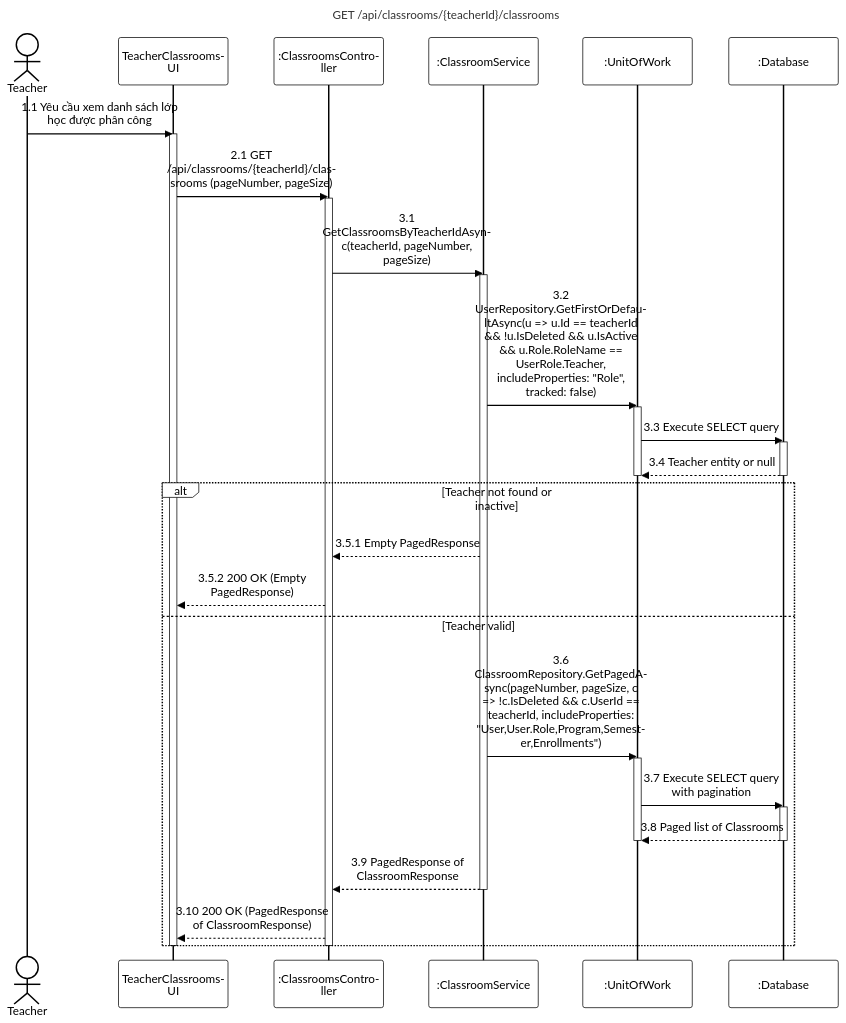
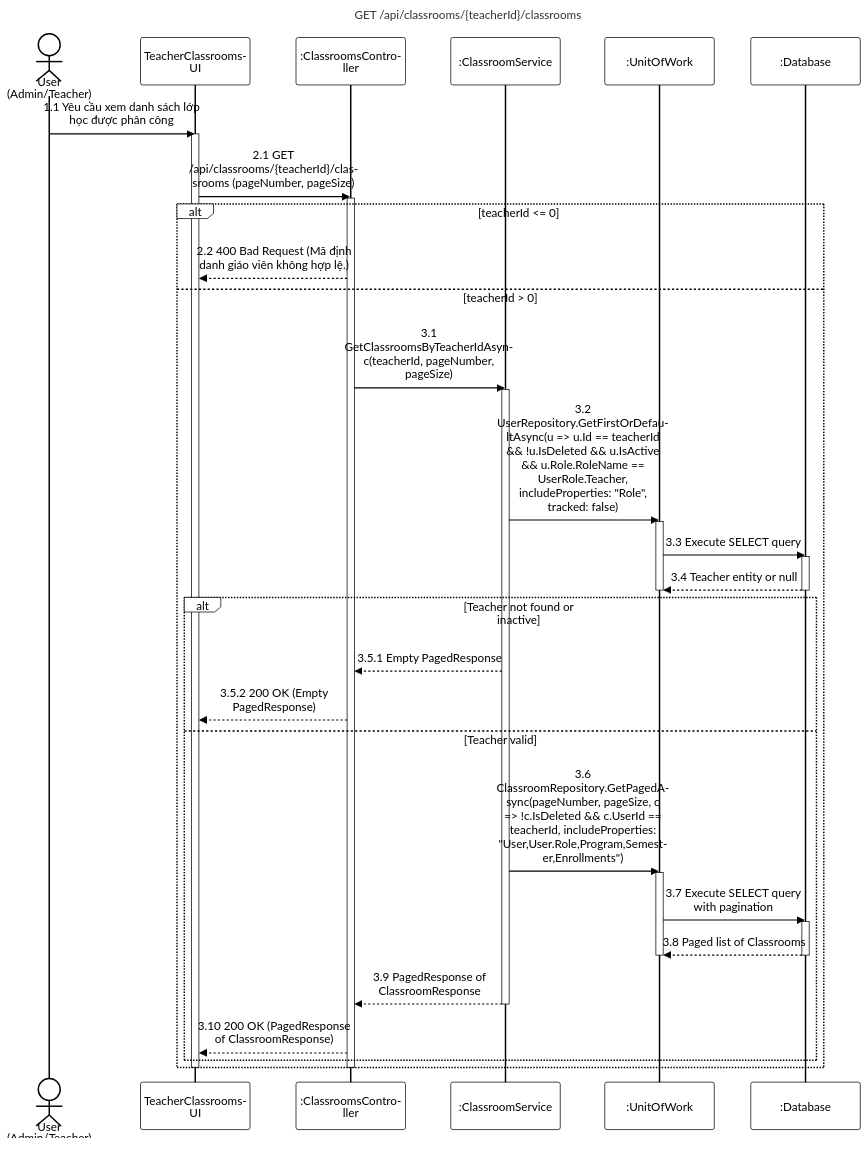
Before and after one commit to PhucAnDev/docx-diagram: the diagram in 03-classroom-management/sequence-diagram/apis/get-classrooms-by-teacher.mmd, drawn with Mermaid. The commit also changed 1 other file, not shown here.

Commit message:
fix: update get-classrooms-by-teacher diagram to fix actor and add teacherId validation

```diff
--- a/03-classroom-management/sequence-diagram/apis/get-classrooms-by-teacher.mmd
+++ b/03-classroom-management/sequence-diagram/apis/get-classrooms-by-teacher.mmd
@@ -1,44 +1,48 @@
 %%{init: {'theme':'base', 'themeVariables': {'actorBkg':'#ffffff','actorBorder':'#000000','actorTextColor':'#000000','actorLineColor':'#000000','signalColor':'#000000','signalTextColor':'#000000','labelBoxBkgColor':'#ffffff','labelBoxBorderColor':'#000000','labelTextColor':'#000000','loopTextColor':'#000000','noteBkgColor':'#ffffff','noteBorderColor':'#000000','noteTextColor':'#000000','activationBorderColor':'#000000','activationBkgColor':'#ffffff','sequenceNumberColor':'#000000'}, 'sequence': {'width':150,'height':65,'actorFontSize':16,'messageFontSize':16,'wrap':true,'wrapPadding':10}}}%%
 sequenceDiagram
     title GET /api/classrooms/{teacherId}/classrooms
-    actor Teacher as Teacher
+    actor User as User (Admin/Teacher)
     participant UI as TeacherClassroomsUI
     participant Endpoint as :ClassroomsController
     participant Service as :ClassroomService
     participant DB as :UnitOfWork
     participant Database as :Database
 
-    Teacher->>UI: 1.1 Yêu cầu xem danh sách lớp học được phân công
+    User->>UI: 1.1 Yêu cầu xem danh sách lớp học được phân công
     activate UI
     UI->>Endpoint: 2.1 GET /api/classrooms/{teacherId}/classrooms (pageNumber, pageSize)
     activate Endpoint
 
-    Endpoint->>Service: 3.1 GetClassroomsByTeacherIdAsync(teacherId, pageNumber, pageSize)
-    activate Service
+    alt teacherId <= 0
+        Endpoint-->>UI: 2.2 400 Bad Request (Mã định danh giáo viên không hợp lệ.)
+    else teacherId > 0
+        Endpoint->>Service: 3.1 GetClassroomsByTeacherIdAsync(teacherId, pageNumber, pageSize)
+        activate Service
 
-    Service->>DB: 3.2 UserRepository.GetFirstOrDefaultAsync(u => u.Id == teacherId && !u.IsDeleted && u.IsActive && u.Role.RoleName == UserRole.Teacher, includeProperties: "Role", tracked: false)
-    activate DB
-    DB->>Database: 3.3 Execute SELECT query
-    activate Database
-    Database-->>DB: 3.4 Teacher entity or null
-    deactivate Database
-    deactivate DB
-
-    alt Teacher not found or inactive
-        Service-->>Endpoint: 3.5.1 Empty PagedResponse
-        Endpoint-->>UI: 3.5.2 200 OK (Empty PagedResponse)
-    else Teacher valid
-        Service->>DB: 3.6 ClassroomRepository.GetPagedAsync(pageNumber, pageSize, c => !c.IsDeleted && c.UserId == teacherId, includeProperties: "User,User.Role,Program,Semester,Enrollments")
+        Service->>DB: 3.2 UserRepository.GetFirstOrDefaultAsync(u => u.Id == teacherId && !u.IsDeleted && u.IsActive && u.Role.RoleName == UserRole.Teacher, includeProperties: "Role", tracked: false)
         activate DB
-        DB->>Database: 3.7 Execute SELECT query with pagination
+        DB->>Database: 3.3 Execute SELECT query
         activate Database
-        Database-->>DB: 3.8 Paged list of Classrooms
+        Database-->>DB: 3.4 Teacher entity or null
         deactivate Database
         deactivate DB
 
-        Service-->>Endpoint: 3.9 PagedResponse of ClassroomResponse
-        deactivate Service
-        Endpoint-->>UI: 3.10 200 OK (PagedResponse of ClassroomResponse)
+        alt Teacher not found or inactive
+            Service-->>Endpoint: 3.5.1 Empty PagedResponse
+            Endpoint-->>UI: 3.5.2 200 OK (Empty PagedResponse)
+        else Teacher valid
+            Service->>DB: 3.6 ClassroomRepository.GetPagedAsync(pageNumber, pageSize, c => !c.IsDeleted && c.UserId == teacherId, includeProperties: "User,User.Role,Program,Semester,Enrollments")
+            activate DB
+            DB->>Database: 3.7 Execute SELECT query with pagination
+            activate Database
+            Database-->>DB: 3.8 Paged list of Classrooms
+            deactivate Database
+            deactivate DB
+
+            Service-->>Endpoint: 3.9 PagedResponse of ClassroomResponse
+            deactivate Service
+            Endpoint-->>UI: 3.10 200 OK (PagedResponse of ClassroomResponse)
+        end
     end
     deactivate Endpoint
     deactivate UI
```
